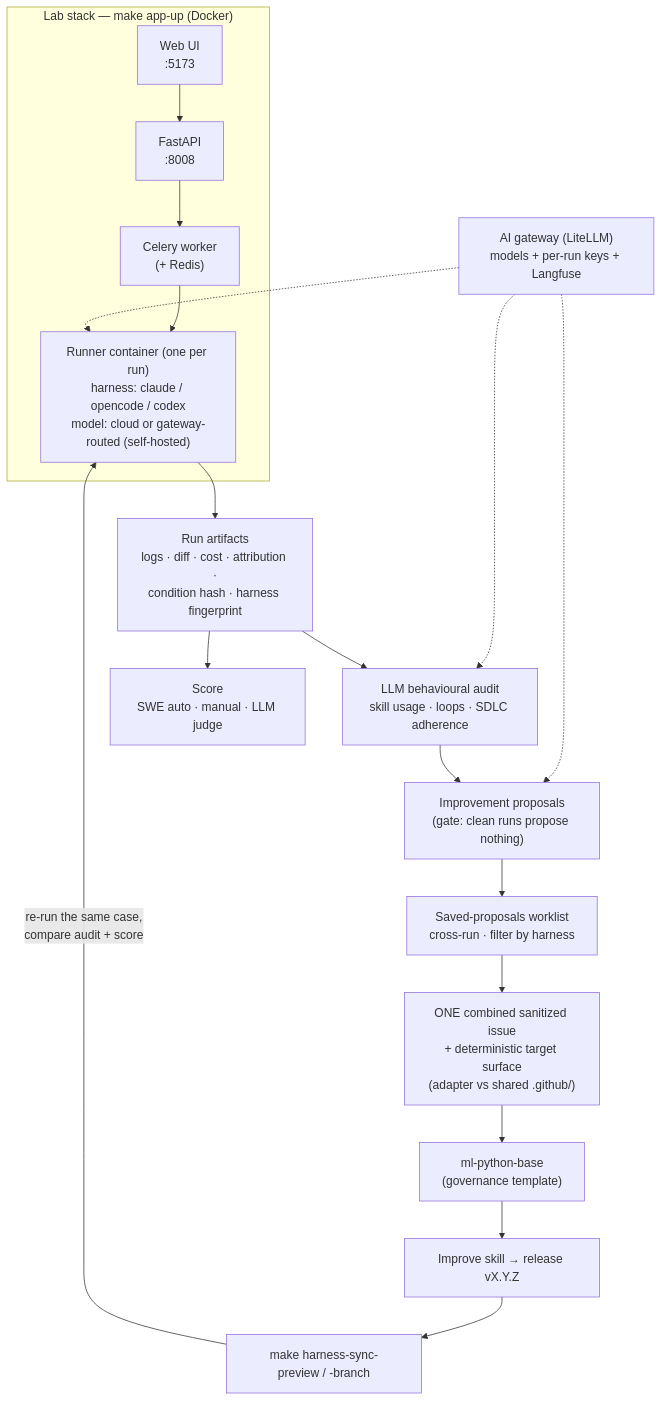
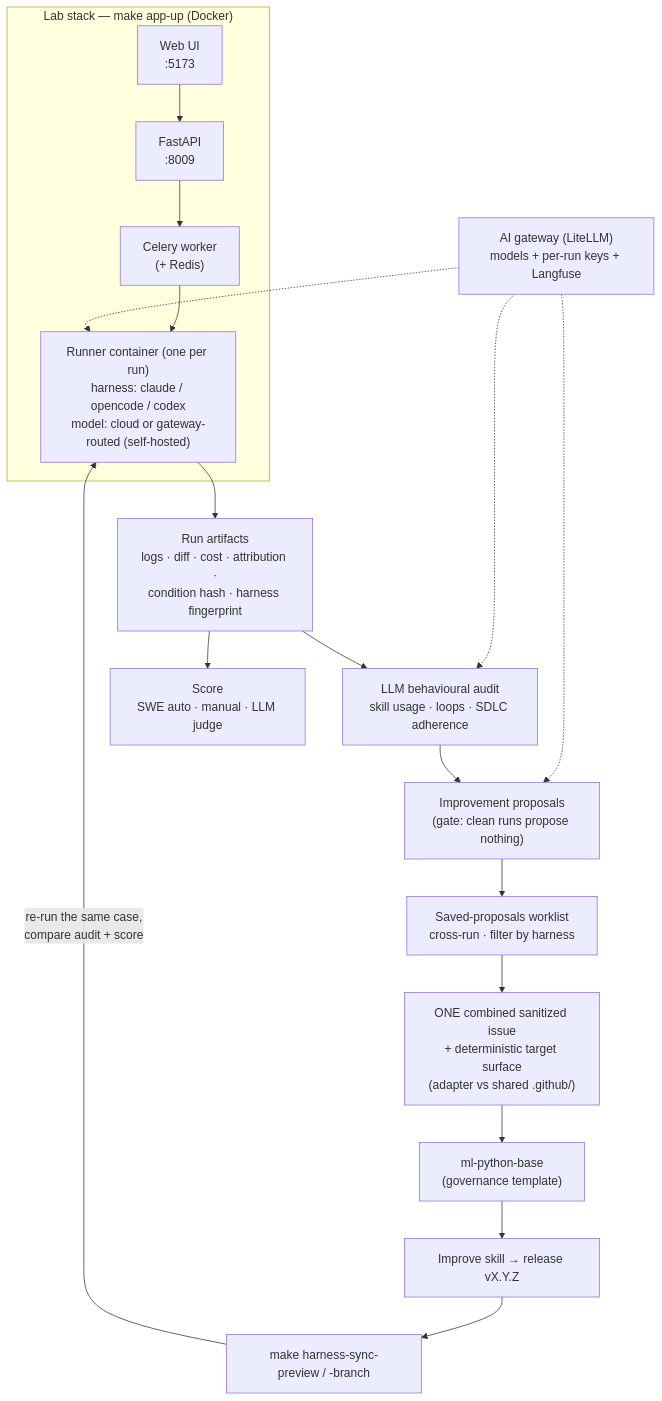
The diagram in README.md (xmartlabs/sdlc-ml-python-harness-lab), drawn with Mermaid before and after one commit. The commit also changed other lines of this file and 7 other files, not shown here.

````diff
--- a/README.md
+++ b/README.md
@@ -72,23 +72,23 @@
 ```mermaid
 flowchart TB
     subgraph stack["Lab stack — make app-up (Docker)"]
-        UI["Web UI<br/>:5173"] --> API["FastAPI<br/>:8008"]
+        UI["Web UI<br/>:5173"] --> API["FastAPI<br/>:8009"]
         API --> W["Celery worker<br/>(+ Redis)"]
         W --> RUN["Runner container (one per run)<br/>harness: claude / opencode / codex<br/>model: cloud or gateway-routed (self-hosted)"]
     end
 
     GW["AI gateway (LiteLLM)<br/>models + per-run keys + Langfuse"] -.-> RUN
     GW -.-> AUD
     GW -.-> IMP
 
     RUN --> ART["Run artifacts<br/>logs · diff · cost · attribution ·<br/>condition hash · harness fingerprint"]
     ART --> SCORE["Score<br/>SWE auto · manual · LLM judge"]
     ART --> AUD["LLM behavioural audit<br/>skill usage · loops · SDLC adherence"]
     AUD --> IMP["Improvement proposals<br/>(gate: clean runs propose nothing)"]
     IMP --> WL["Saved-proposals worklist<br/>cross-run · filter by harness"]
     WL --> ISSUE["ONE combined sanitized issue<br/>+ deterministic target surface<br/>(adapter vs shared .github/)"]
     ISSUE --> MPB["ml-python-base<br/>(governance template)"]
     MPB --> REL["Improve skill → release vX.Y.Z"]
     REL --> SYNC["make harness-sync-preview / -branch"]
     SYNC -->|"re-run the same case,<br/>compare audit + score"| RUN
 ```
````
